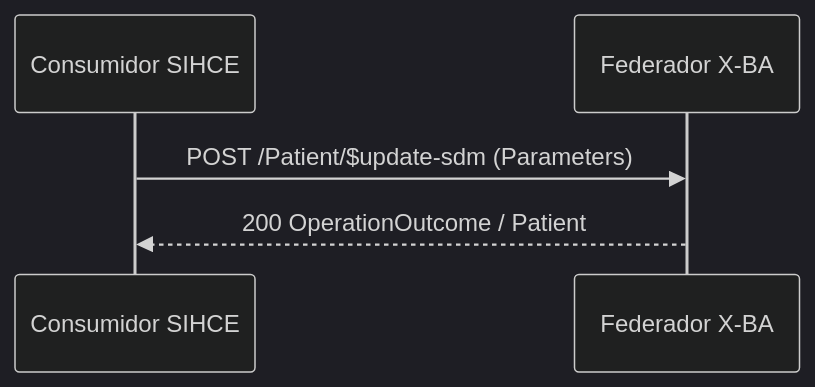
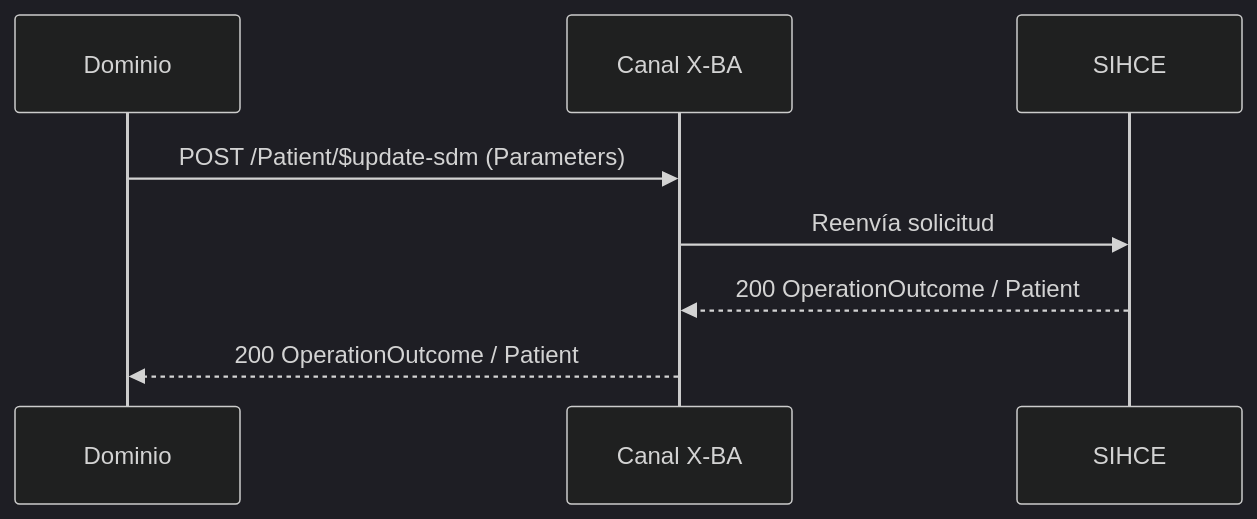
Before and after one commit to HL7-AR/sihce-ig: the fifth of 9 diagrams in input/pagecontent/CasosDeUso.md, drawn with Mermaid (dark theme). The commit also changed other lines of this file and 966 other files, not shown here.

First line of the commit message:
Aclarar arquitectura SIHCE/Canal X-BA y alinear ejemplos de lab/epicrisis.

````diff
--- a/input/pagecontent/CasosDeUso.md
+++ b/input/pagecontent/CasosDeUso.md
@@ -65,7 +79,10 @@
 ```mermaid
 sequenceDiagram
-  participant C as Consumidor SIHCE
-  participant X as Federador X-BA
+  participant C as Dominio
+  participant X as Canal X-BA
+  participant S as SIHCE
   C->>X: POST /Patient/$update-sdm (Parameters)
+  X->>S: Reenvía solicitud
+  S-->>X: 200 OperationOutcome / Patient
   X-->>C: 200 OperationOutcome / Patient
 ```
````
